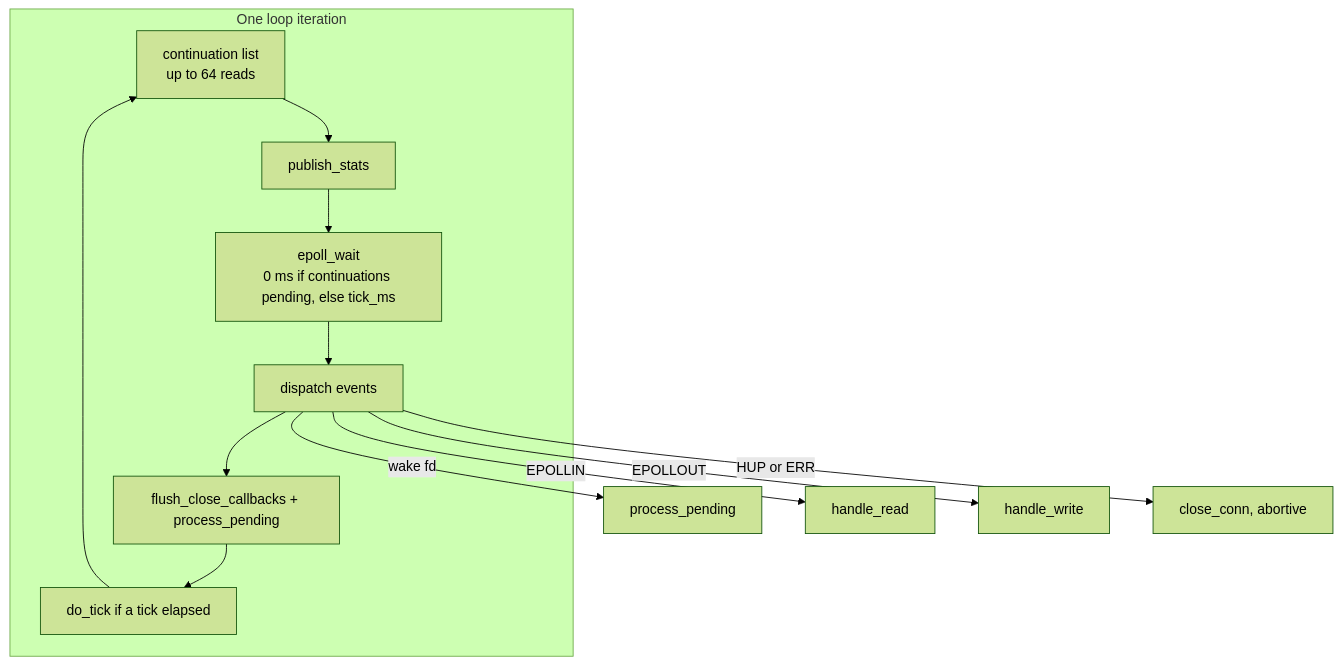
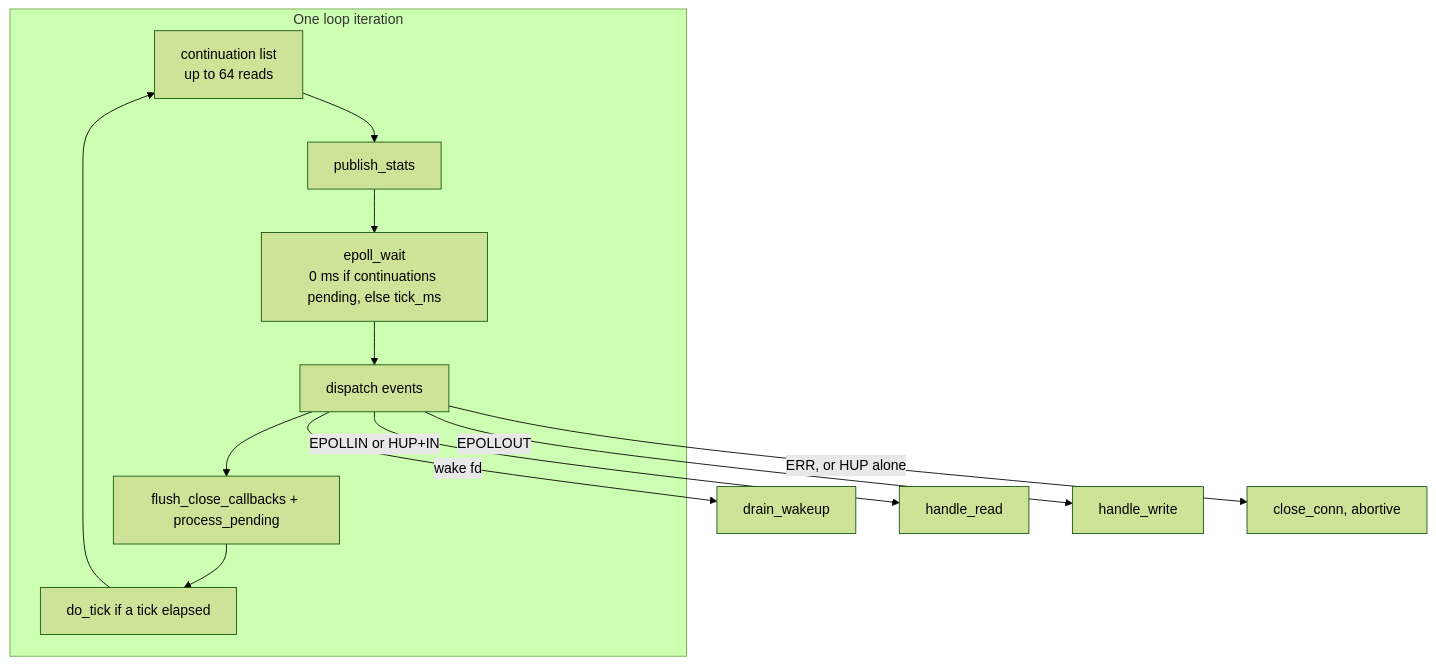
Before and after one commit to king-lotus/tcp-server: the diagram in docs/smart-docs/04-deep-dive/reactor-engine.md, drawn with Mermaid (forest theme). The commit also changed other lines of this file and 17 other files, not shown here.

First line of the commit message:
feat: harden admission, close delivery and read backpressure

````diff
--- a/docs/smart-docs/04-deep-dive/reactor-engine.md
+++ b/docs/smart-docs/04-deep-dive/reactor-engine.md
@@ -26,16 +28,16 @@
 ```mermaid
 flowchart TB
     subgraph Iter["One loop iteration"]
         CONT["continuation list<br/>up to 64 reads"]
         PUB["publish_stats"]
         WAIT["epoll_wait<br/>0 ms if continuations pending, else tick_ms"]
         DISP["dispatch events"]
         FLUSH["flush_close_callbacks + process_pending"]
         TICK["do_tick if a tick elapsed"]
     end
     CONT --> PUB --> WAIT --> DISP --> FLUSH --> TICK --> CONT
-    DISP -->|"wake fd"| PEND["process_pending"]
-    DISP -->|"EPOLLIN"| READ["handle_read"]
+    DISP -->|"wake fd"| DRAIN["drain_wakeup"]
+    DISP -->|"EPOLLIN or HUP+IN"| READ["handle_read"]
     DISP -->|"EPOLLOUT"| WRITE["handle_write"]
-    DISP -->|"HUP or ERR"| ABORT["close_conn, abortive"]
+    DISP -->|"ERR, or HUP alone"| ABORT["close_conn, abortive"]
 ```
````
